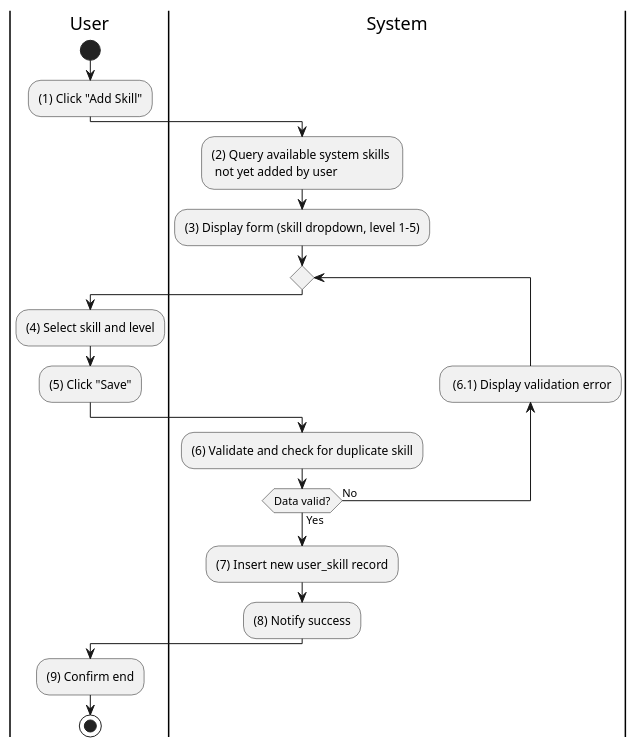
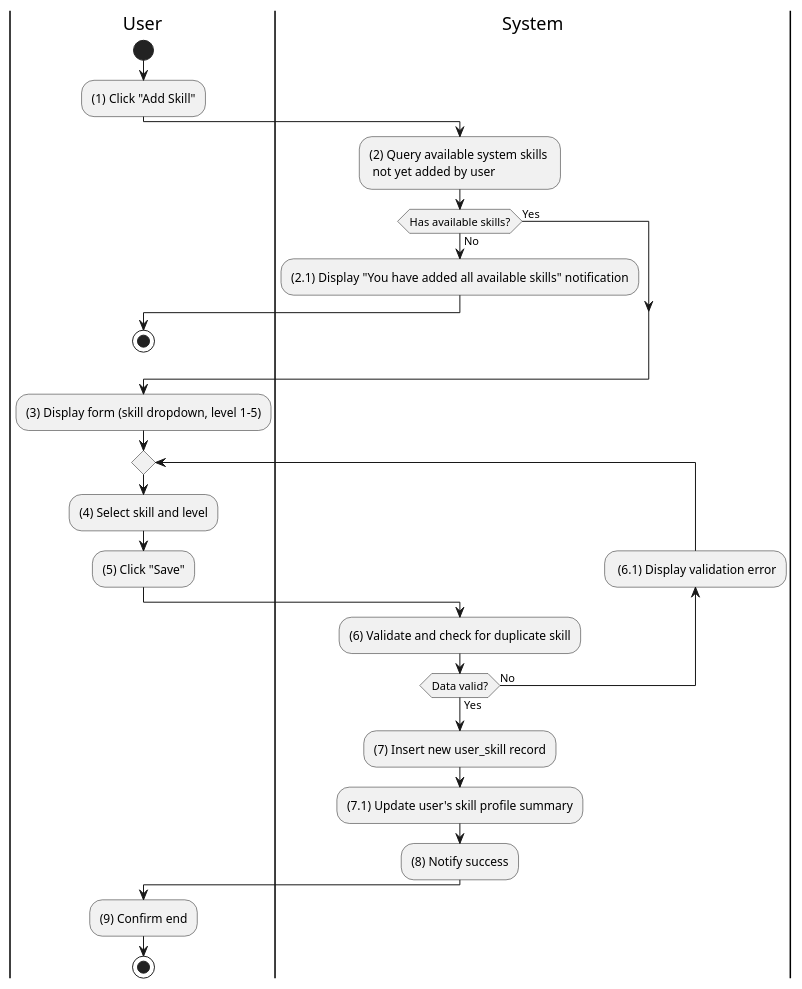
One commit to taskpilot-platform/taskpilot-platform.github.io changed the diagram in docs/docs/activity/user-skills/add-personal-skill.md. Above: the diagram before and after it, drawn with PlantUML. The commit also changed 17 other files, not shown here.

````diff
--- a/docs/docs/activity/user-skills/add-personal-skill.md
+++ b/docs/docs/activity/user-skills/add-personal-skill.md
@@ -3,32 +3,41 @@
 ```plantuml
 @startuml
 |U|User
 |S|System
 
 |U|
 start
 :(1) Click "Add Skill";
 
 |S|
 :(2) Query available system skills \n not yet added by user;
+
+if (Has available skills?) then (No)
+  :(2.1) Display "You have added all available skills" notification;
+  |U|
+  stop
+else (Yes)
+endif
+
 :(3) Display form (skill dropdown, level 1-5);
 
 repeat
   |U|
   :(4) Select skill and level;
   :(5) Click "Save";
 
   |S|
   :(6) Validate and check for duplicate skill;
   backward: (6.1) Display validation error;
 repeat while (Data valid?) is (No) not (Yes)
 
 :(7) Insert new user_skill record;
+:(7.1) Update user's skill profile summary;
 :(8) Notify success;
 
 |U|
 :(9) Confirm end;
 
 stop
 @enduml
 ```
````
